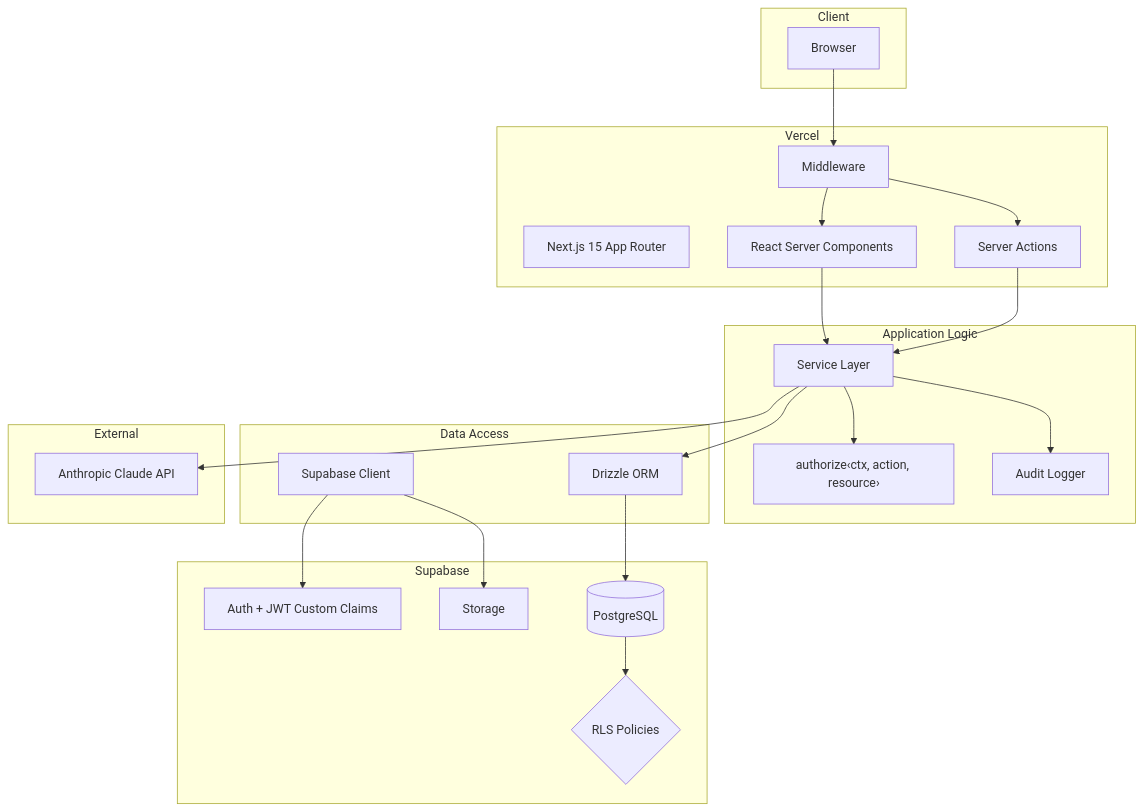
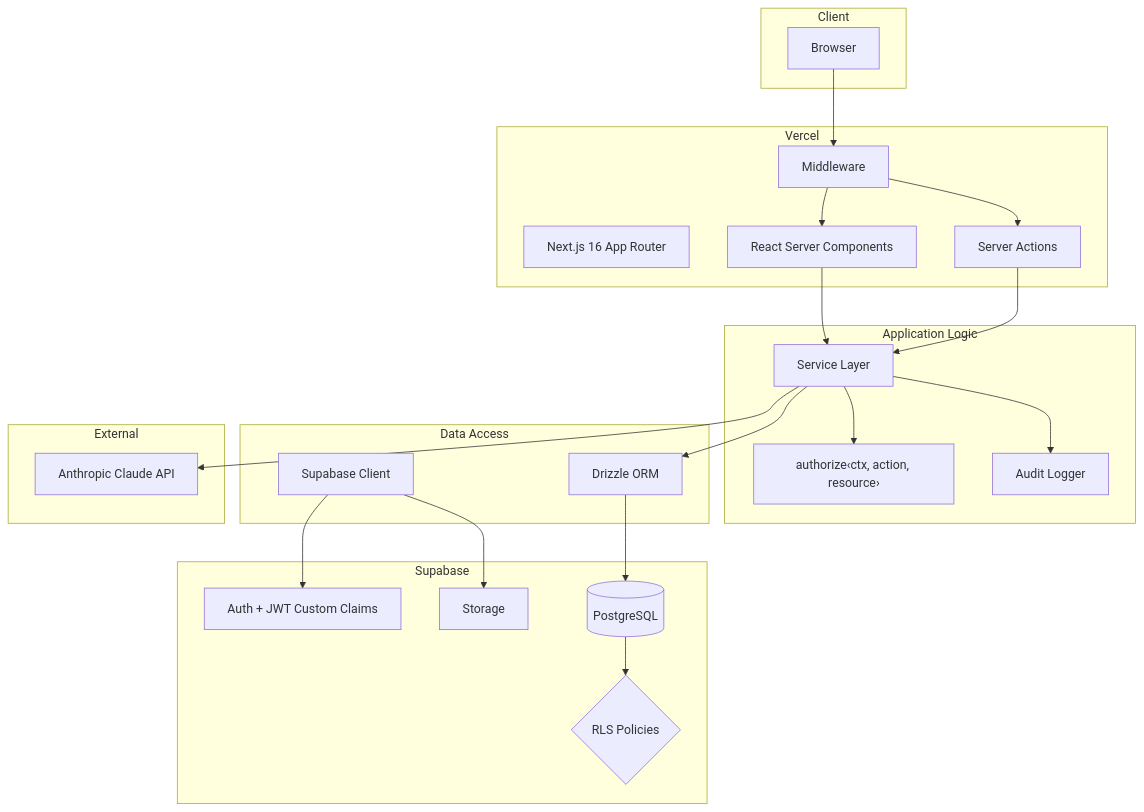
Before and after one commit to TakuyaMiyashita/fondra-hr: the diagram in docs/architecture/system-overview.md, drawn with Mermaid. The commit also changed other lines of this file and 1 other file, not shown here.

Commit message:
docs: Next.js バージョンを 16 に更新し e2e テスト情報を追加
README.md と system-overview.md の Next.js 15 表記を 16 に修正。
README に Playwright e2e テストのコマンドを追加。

````diff
--- a/docs/architecture/system-overview.md
+++ b/docs/architecture/system-overview.md
@@ -5,49 +5,49 @@
 ```mermaid
 graph TB
     subgraph "Client"
         BROWSER[Browser]
     end
 
     subgraph "Vercel"
-        NEXT[Next.js 15 App Router]
+        NEXT[Next.js 16 App Router]
         RSC[React Server Components]
         SA[Server Actions]
         MW[Middleware]
     end
 
     subgraph "Application Logic"
         SVC[Service Layer]
         AUTHZ[authorize‹ctx, action, resource›]
         AUDIT[Audit Logger]
     end
 
     subgraph "Data Access"
         DRIZZLE[Drizzle ORM]
         SB_CLIENT[Supabase Client]
     end
 
     subgraph "Supabase"
         SB_AUTH[Auth + JWT Custom Claims]
         SB_STORAGE[Storage]
         PG[(PostgreSQL)]
         RLS{RLS Policies}
     end
 
     subgraph "External"
         LLM[Anthropic Claude API]
     end
 
     BROWSER --> MW
     MW --> RSC
     MW --> SA
     RSC --> SVC
     SA --> SVC
     SVC --> AUTHZ
     SVC --> DRIZZLE
     SVC --> AUDIT
     SVC --> LLM
     DRIZZLE --> PG
     PG --> RLS
     SB_CLIENT --> SB_AUTH
     SB_CLIENT --> SB_STORAGE
 ```
````
